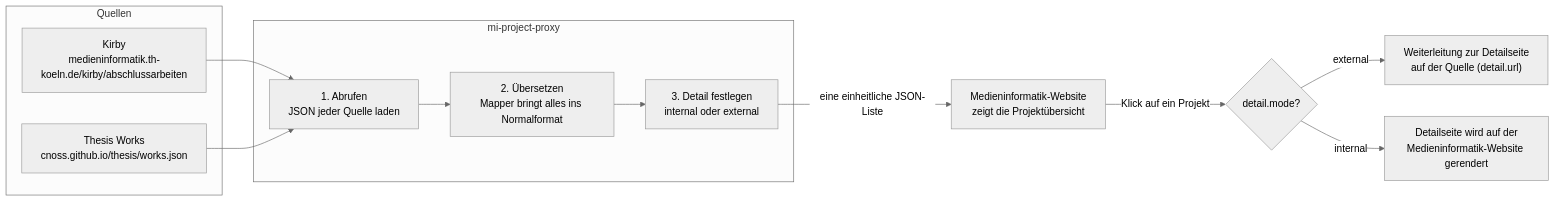
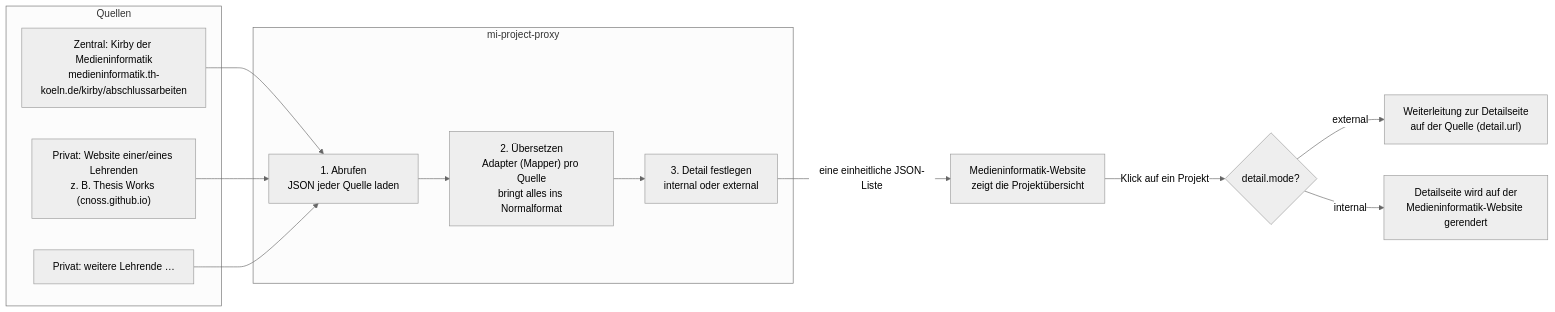
Before and after one commit to th-koeln/mi-project-proxy: the diagram in README.md, drawn with Mermaid (neutral theme). The commit also changed other lines of this file, not shown here.

Commit message:
Aktualisiere README.md: Verbessere die Beschreibung der Quellen und deren Formate, füge Details zu Adaptern hinzu

````diff
--- a/README.md
+++ b/README.md
@@ -9,23 +14,25 @@
 ```mermaid
 flowchart LR
     subgraph Quellen
-        K["Kirby<br/>medieninformatik.th-koeln.de/kirby/abschlussarbeiten"]
-        T["Thesis Works<br/>cnoss.github.io/thesis/works.json"]
+        K["Zentral: Kirby der Medieninformatik<br/>medieninformatik.th-koeln.de/kirby/abschlussarbeiten"]
+        T["Privat: Website einer/eines Lehrenden<br/>z. B. Thesis Works (cnoss.github.io)"]
+        P["Privat: weitere Lehrende …"]
     end
 
     subgraph Proxy["mi-project-proxy"]
         F["1. Abrufen<br/>JSON jeder Quelle laden"]
-        M["2. Übersetzen<br/>Mapper bringt alles ins Normalformat"]
+        M["2. Übersetzen<br/>Adapter (Mapper) pro Quelle<br/>bringt alles ins Normalformat"]
         D["3. Detail festlegen<br/>internal oder external"]
         F --> M --> D
     end
 
     K --> F
     T --> F
+    P --> F
 
     D -- "eine einheitliche JSON-Liste" --> W["Medieninformatik-Website<br/>zeigt die Projektübersicht"]
 
     W -- "Klick auf ein Projekt" --> Q{"detail.mode?"}
     Q -- external --> E["Weiterleitung zur Detailseite<br/>auf der Quelle (detail.url)"]
     Q -- internal --> I["Detailseite wird auf der<br/>Medieninformatik-Website gerendert"]
 ```
````
